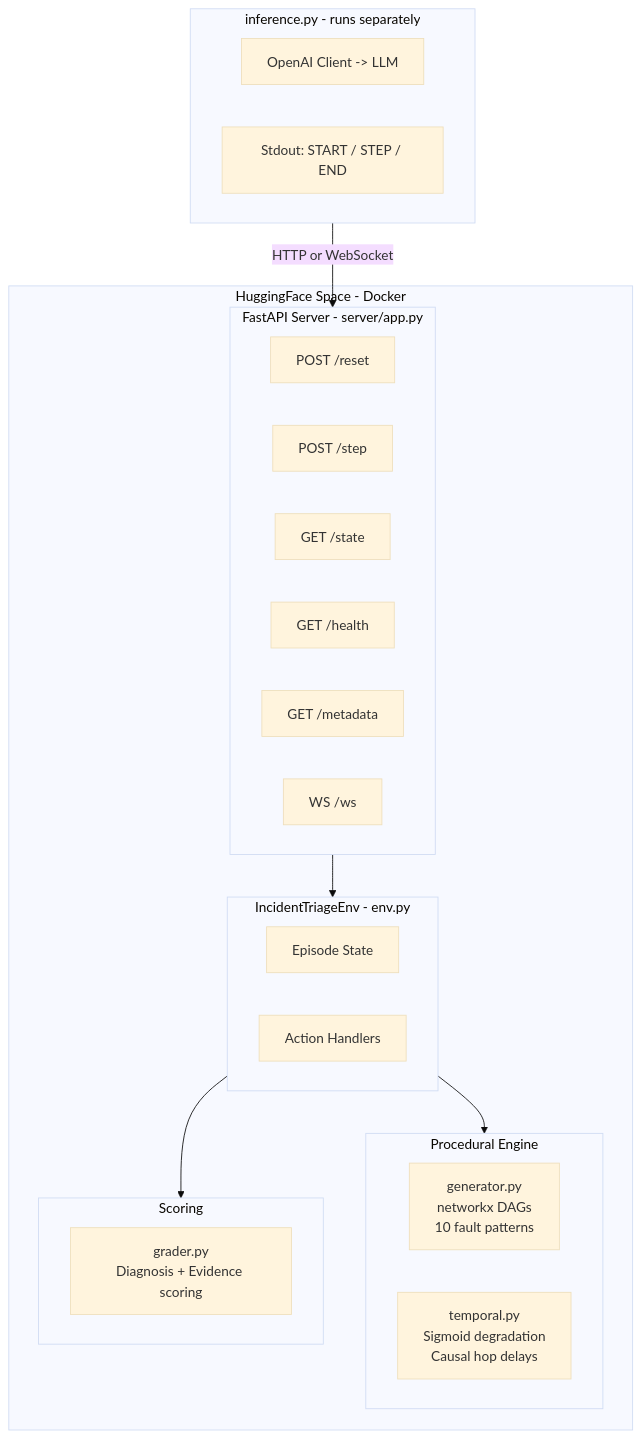
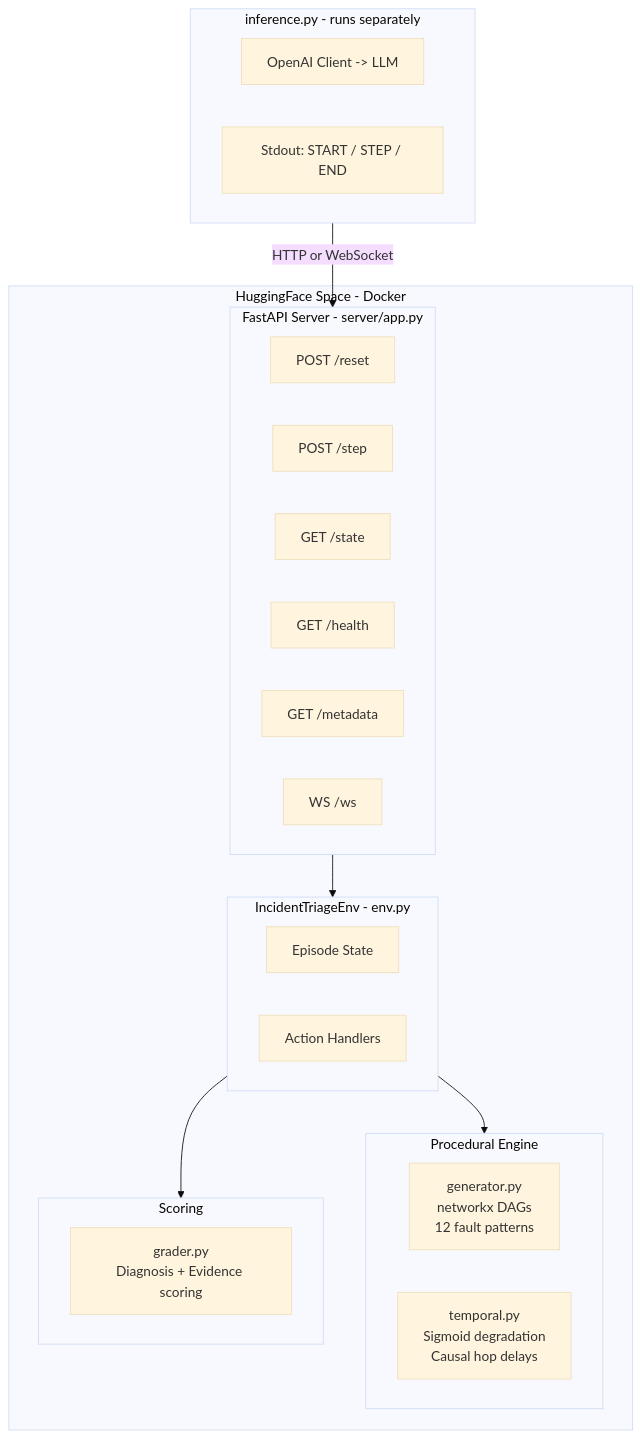
Before and after one commit to wildcraft958/incident_triage_env: the first of 7 diagrams in docs/ARCHITECTURE.md, drawn with Mermaid (base theme). The commit also changed other lines of this file and 2 other files, not shown here.

````diff
--- a/docs/ARCHITECTURE.md
+++ b/docs/ARCHITECTURE.md
@@ -5,38 +5,38 @@
 ```mermaid
 graph TB
     subgraph HF["HuggingFace Space - Docker"]
         subgraph API["FastAPI Server - server/app.py"]
             R["POST /reset"]
             S["POST /step"]
             ST["GET /state"]
             H["GET /health"]
             M["GET /metadata"]
             WS["WS /ws"]
         end
 
         subgraph ENV["IncidentTriageEnv - env.py"]
             STATE["Episode State"]
             HANDLERS["Action Handlers"]
         end
 
         subgraph GEN["Procedural Engine"]
-            PROC["generator.py\nnetworkx DAGs\n10 fault patterns"]
+            PROC["generator.py\nnetworkx DAGs\n12 fault patterns"]
             TEMP["temporal.py\nSigmoid degradation\nCausal hop delays"]
         end
 
         subgraph SCORE["Scoring"]
             GR["grader.py\nDiagnosis + Evidence scoring"]
         end
 
         API --> ENV
         ENV --> GEN
         ENV --> SCORE
     end
 
     subgraph AGENT["inference.py - runs separately"]
         LLM["OpenAI Client -> LLM"]
         LOG["Stdout: START / STEP / END"]
     end
 
     AGENT -->|"HTTP or WebSocket"| API
 ```
````
